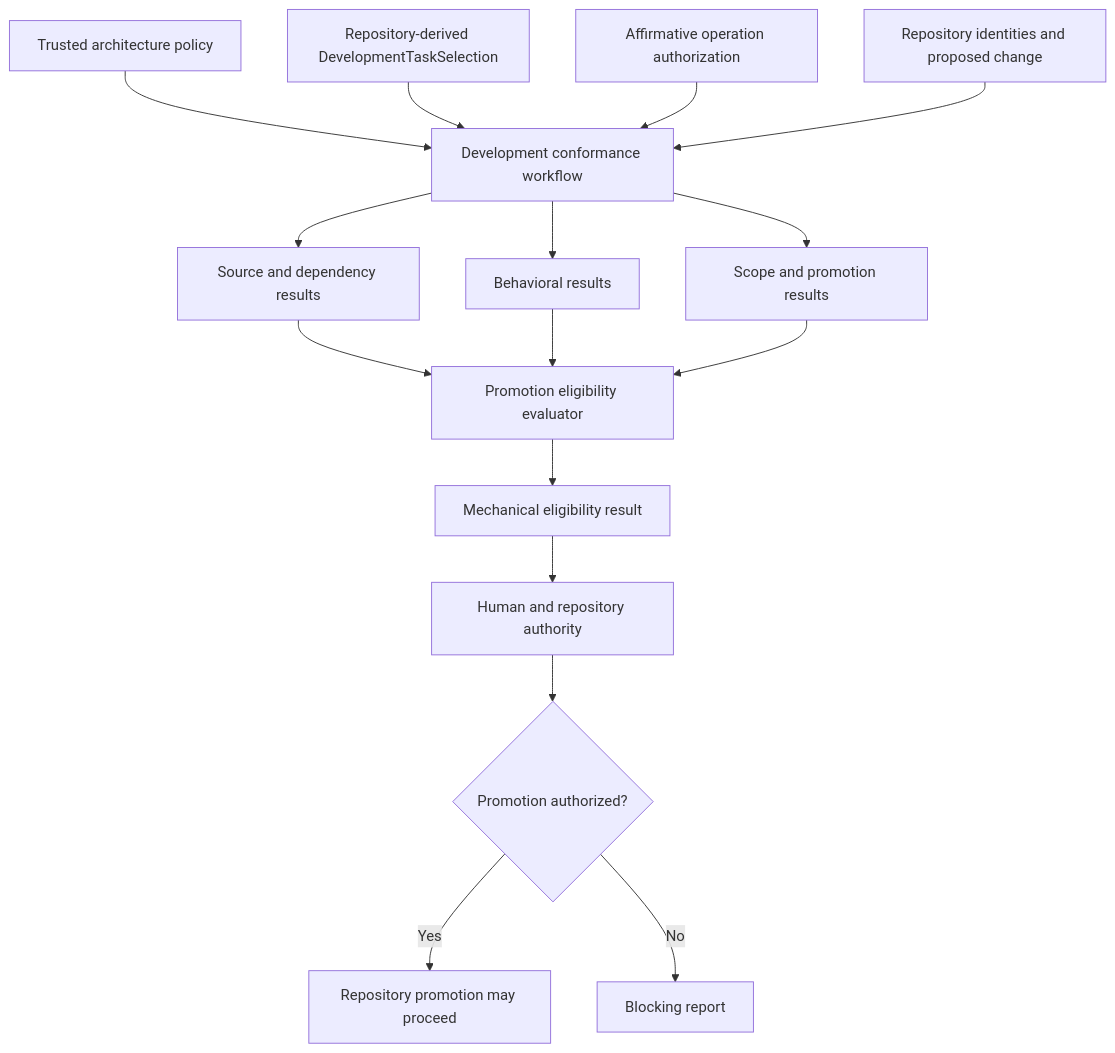
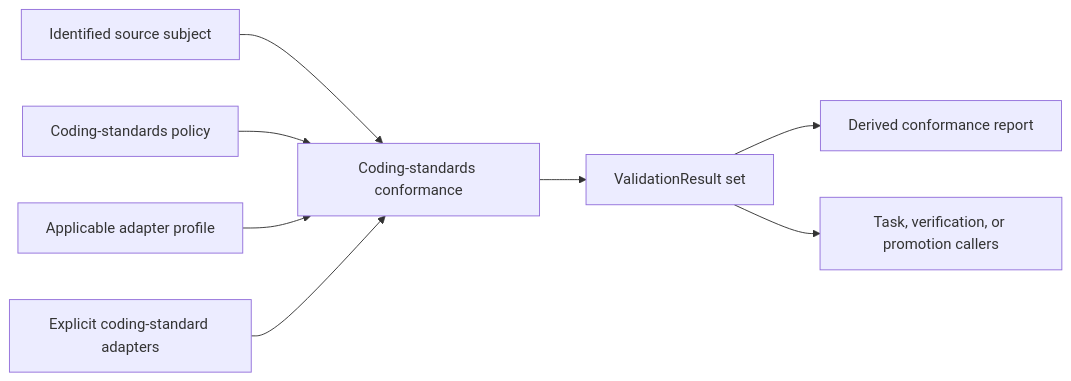
Before and after one commit to eragasa/ksdft2effmass: the diagram in docs/architecture/v2/ksdft2effmass/harness/conformance.md, drawn with Mermaid. The commit also changed other lines of this file and 43 other files, not shown here.

Commit message:
docs(architecture): accept and close v2 planning

````diff
--- a/docs/architecture/v2/ksdft2effmass/harness/conformance.md
+++ b/docs/architecture/v2/ksdft2effmass/harness/conformance.md
@@ -43,18 +18,10 @@
 ```mermaid
-flowchart TD
-    A["Trusted architecture policy"] --> E["Development conformance workflow"]
-    DS["Repository-derived DevelopmentTaskSelection"] --> E
-    AR["Affirmative operation authorization"] --> E
-    R["Repository identities and proposed change"] --> E
-    E --> SRC["Source and dependency results"]
-    E --> B["Behavioral results"]
-    E --> Q["Scope and promotion results"]
-    SRC --> G["Promotion eligibility evaluator"]
-    B --> G
-    Q --> G
-    G --> M["Mechanical eligibility result"]
-    M --> H["Human and repository authority"]
-    H --> P{"Promotion authorized?"}
-    P -->|Yes| Y["Repository promotion may proceed"]
-    P -->|No| N["Blocking report"]
+flowchart LR
+    subject["Identified source subject"] --> conformance["Coding-standards conformance"]
+    policy["Coding-standards policy"] --> conformance
+    profile["Applicable adapter profile"] --> conformance
+    adapters["Explicit coding-standard adapters"] --> conformance
+    conformance --> results["ValidationResult set"]
+    results --> report["Derived conformance report"]
+    results --> callers["Task, verification, or promotion callers"]
 ```
````
